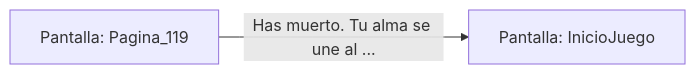
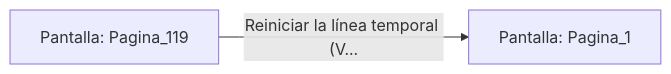
The diagram in sample/eligejuego-vault/Pantalla_Pagina_119.md (metsuke/mpl), drawn with Mermaid before and after one commit. The commit also changed other lines of this file and 635 other files, not shown here.

First line of the commit message:
fix: añadir Pagina_1 como pantalla inicial en capitulo_01.mpl

````diff
--- a/sample/eligejuego-vault/Pantalla_Pagina_119.md
+++ b/sample/eligejuego-vault/Pantalla_Pagina_119.md
@@ -17,5 +17,5 @@
 ```mermaid
 graph LR
     P_Pagina_119["Pantalla: Pagina_119"]
-    P_Pagina_119 -->|"Has muerto. Tu alma se une al ..."| P_InicioJuego["Pantalla: InicioJuego"]
+    P_Pagina_119 -->|"Reiniciar la línea temporal (V..."| P_Pagina_1["Pantalla: Pagina_1"]
 ```
````
